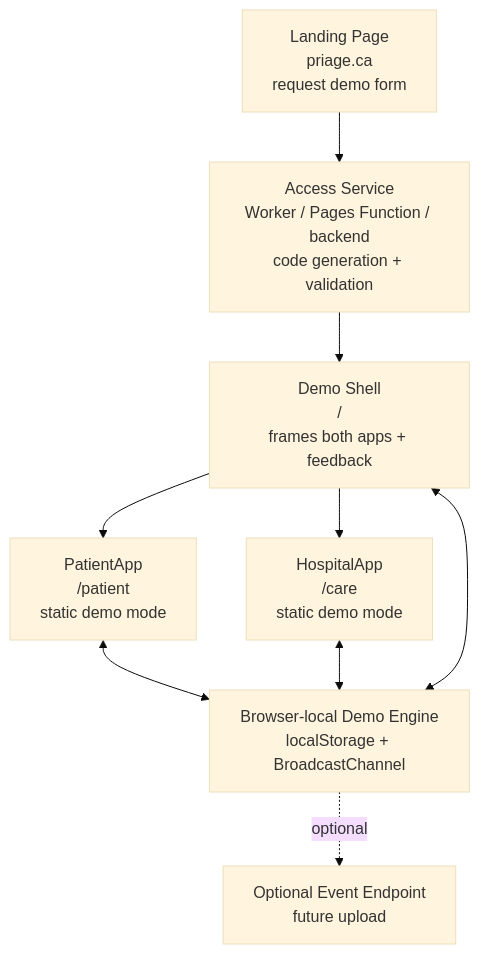
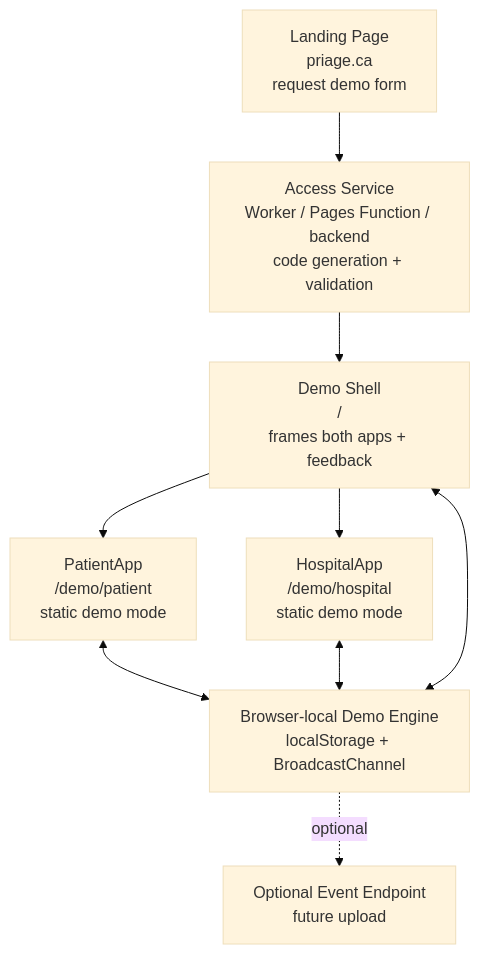
Before and after one commit to Nervoload/Priage: the diagram in demo-handoff.md, drawn with Mermaid (base theme). The commit also changed other lines of this file and 11 other files, not shown here.

````diff
--- a/demo-handoff.md
+++ b/demo-handoff.md
@@ -169,19 +169,19 @@
 ```mermaid
 flowchart TB
     landing["Landing Page\npriage.ca\nrequest demo form"]
     access["Access Service\nWorker / Pages Function / backend\ncode generation + validation"]
     shell["Demo Shell\n/\nframes both apps + feedback"]
-    patient["PatientApp\n/patient\nstatic demo mode"]
-    hospital["HospitalApp\n/care\nstatic demo mode"]
+    patient["PatientApp\n/demo/patient\nstatic demo mode"]
+    hospital["HospitalApp\n/demo/hospital\nstatic demo mode"]
     store["Browser-local Demo Engine\nlocalStorage + BroadcastChannel"]
     events["Optional Event Endpoint\nfuture upload"]
 
     landing --> access
     access --> shell
     shell --> patient
     shell --> hospital
     patient <--> store
     hospital <--> store
     shell <--> store
     store -. optional .-> events
 ```
````
